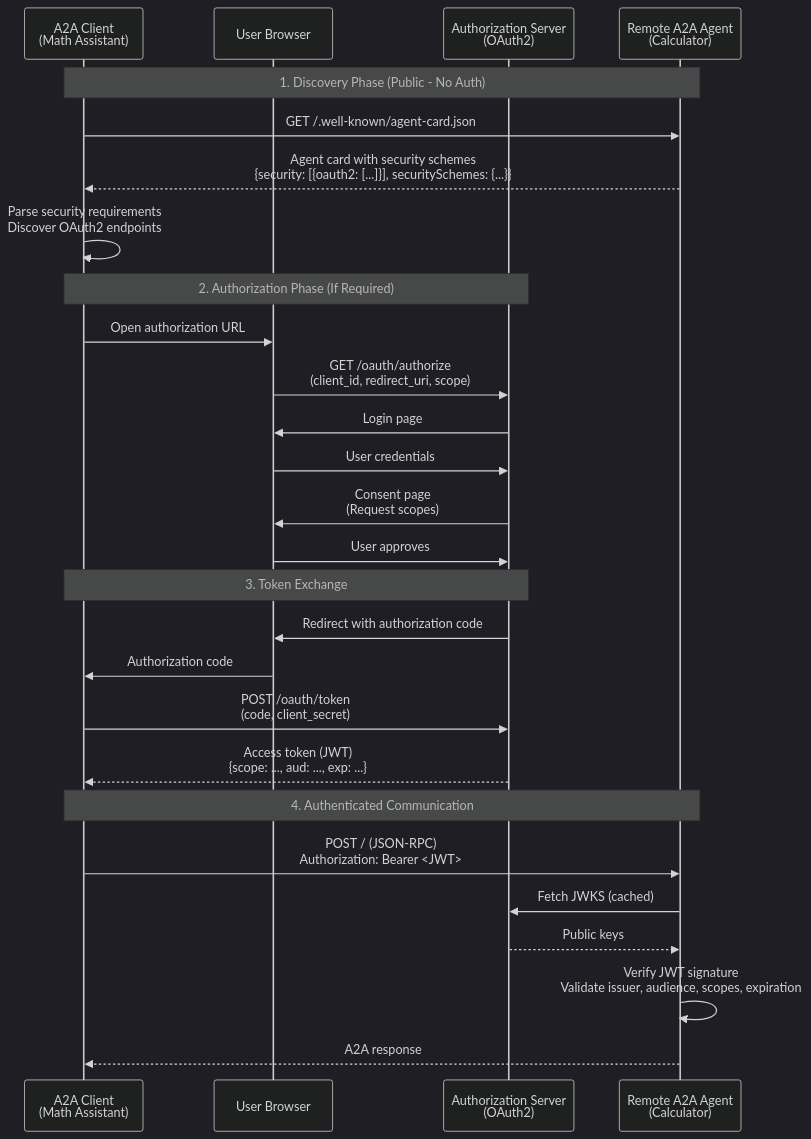
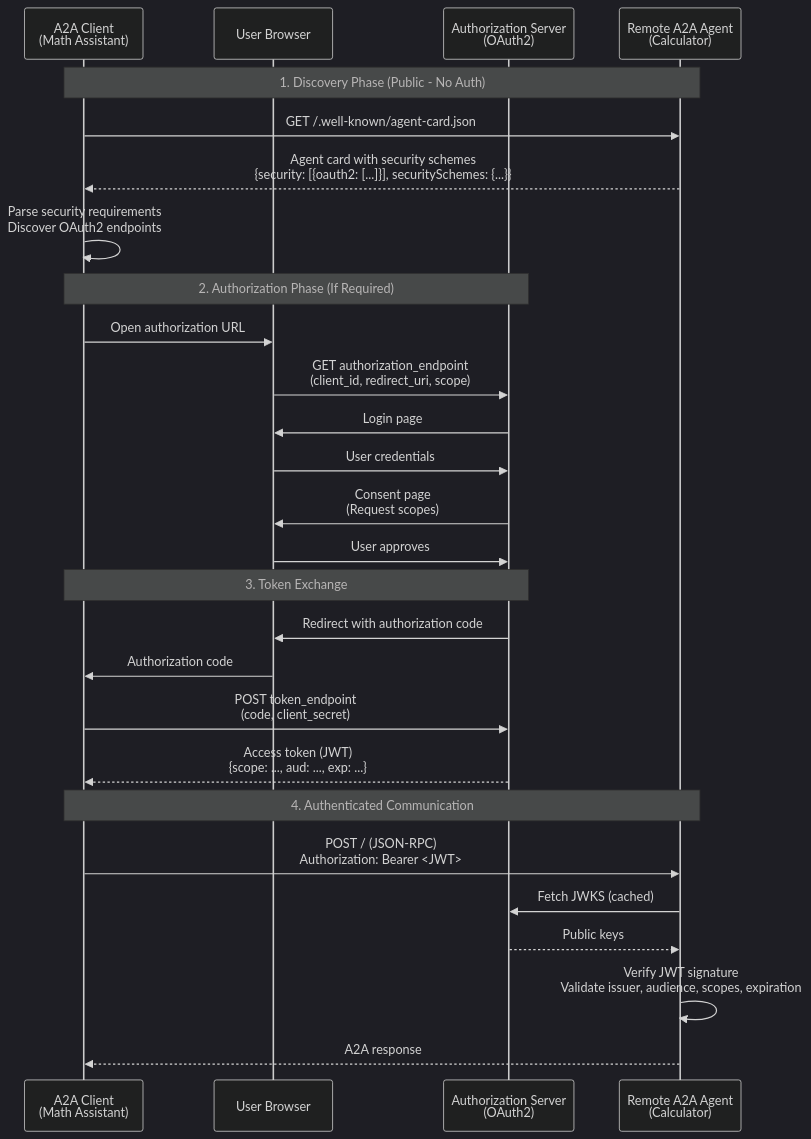
Before and after one commit to NVIDIA/NeMo-Agent-Toolkit: the second of 2 diagrams in docs/source/components/auth/a2a-auth.md, drawn with Mermaid (dark theme). The commit also changed other lines of this file and 3 other files, not shown here.

````diff
--- a/docs/source/components/auth/a2a-auth.md
+++ b/docs/source/components/auth/a2a-auth.md
@@ -84,33 +83,33 @@
 ```mermaid
 sequenceDiagram
     participant Client as A2A Client<br/>(Math Assistant)
     participant Browser as User Browser
     participant AuthServer as Authorization Server<br/>(OAuth2)
     participant Server as Remote A2A Agent<br/>(Calculator)
 
     Note over Client,Server: 1. Discovery Phase (Public - No Auth)
     Client->>Server: GET /.well-known/agent-card.json
     Server-->>Client: Agent card with security schemes<br/>{security: [{oauth2: [...]}], securitySchemes: {...}}
     Client->>Client: Parse security requirements<br/>Discover OAuth2 endpoints
 
     Note over Client,AuthServer: 2. Authorization Phase (If Required)
     Client->>Browser: Open authorization URL
-    Browser->>AuthServer: GET /oauth/authorize<br/>(client_id, redirect_uri, scope)
+    Browser->>AuthServer: GET authorization_endpoint<br/>(client_id, redirect_uri, scope)
     AuthServer->>Browser: Login page
     Browser->>AuthServer: User credentials
     AuthServer->>Browser: Consent page<br/>(Request scopes)
     Browser->>AuthServer: User approves
 
     Note over Client,AuthServer: 3. Token Exchange
     AuthServer->>Browser: Redirect with authorization code
     Browser->>Client: Authorization code
-    Client->>AuthServer: POST /oauth/token<br/>(code, client_secret)
+    Client->>AuthServer: POST token_endpoint<br/>(code, client_secret)
     AuthServer-->>Client: Access token (JWT)<br/>{scope: ..., aud: ..., exp: ...}
 
     Note over Client,Server: 4. Authenticated Communication
     Client->>Server: POST / (JSON-RPC)<br/>Authorization: Bearer <JWT>
     Server->>AuthServer: Fetch JWKS (cached)
     AuthServer-->>Server: Public keys
     Server->>Server: Verify JWT signature<br/>Validate issuer, audience, scopes, expiration
     Server-->>Client: A2A response
 ```
````
